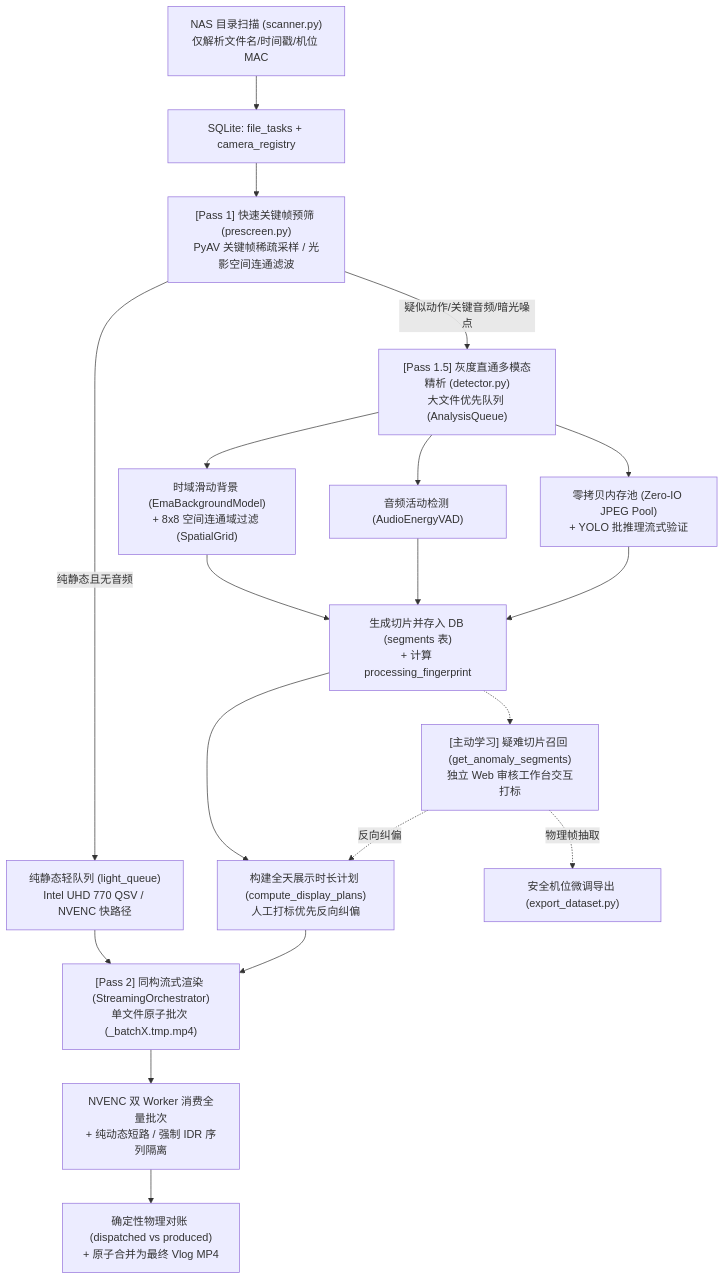
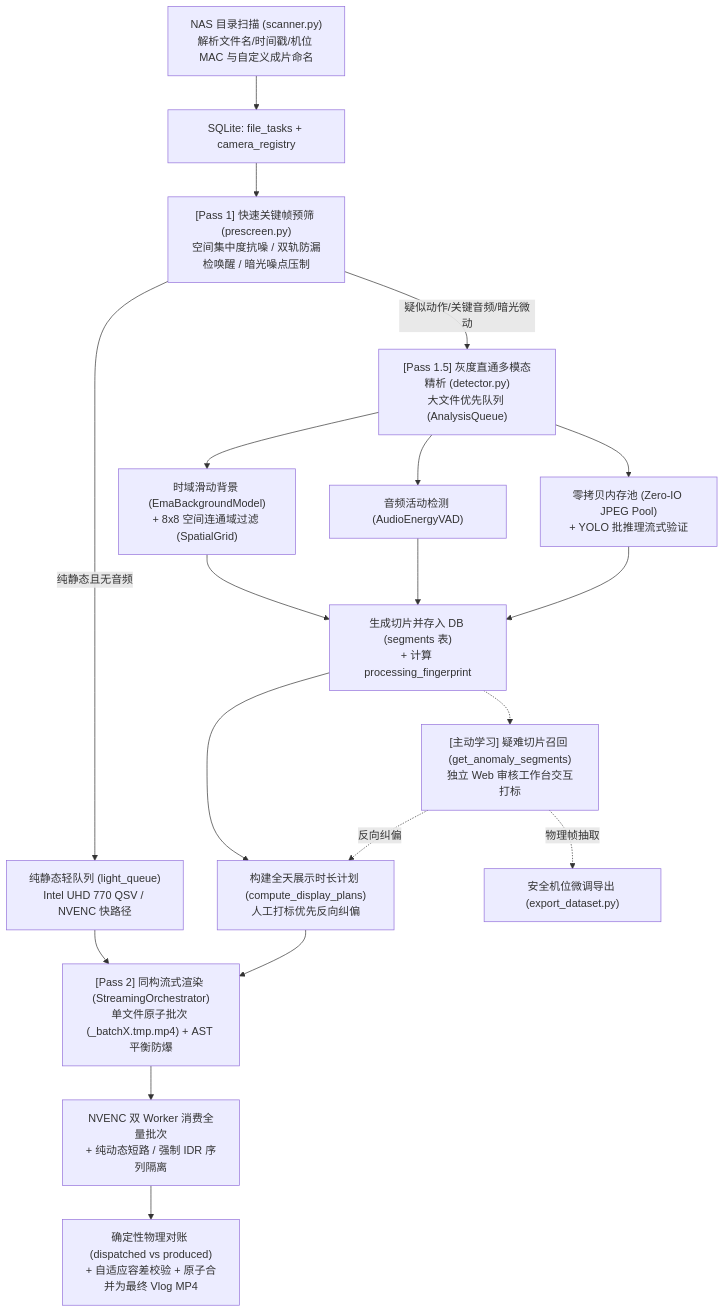
One commit to seeyou2n1ght/homeVlog changed the diagram in docs/ARCHITECTURE.md. Above: the diagram before and after it, drawn with Mermaid. The commit also changed other lines of this file and 4 other files, not shown here.

Commit message:
feat(audit): align rerender output naming, align detector fps tiers fallback and update ADR-0006 architecture docs

````diff
--- a/docs/ARCHITECTURE.md
+++ b/docs/ARCHITECTURE.md
@@ -11,19 +11,19 @@
 ```mermaid
 graph TD
-    A["NAS 目录扫描 (scanner.py)<br/>仅解析文件名/时间戳/机位 MAC"] --> B["SQLite: file_tasks + camera_registry"]
-    B --> C["[Pass 1] 快速关键帧预筛 (prescreen.py)<br/>PyAV 关键帧稀疏采样 / 光影空间连通滤波"]
+    A["NAS 目录扫描 (scanner.py)<br/>解析文件名/时间戳/机位 MAC 与自定义成片命名"] --> B["SQLite: file_tasks + camera_registry"]
+    B --> C["[Pass 1] 快速关键帧预筛 (prescreen.py)<br/>空间集中度抗噪 / 双轨防漏检唤醒 / 暗光噪点压制"]
     C -->|纯静态且无音频| D["纯静态轻队列 (light_queue)<br/>Intel UHD 770 QSV / NVENC 快路径"]
-    C -->|疑似动作/关键音频/暗光噪点| E["[Pass 1.5] 灰度直通多模态精析 (detector.py)<br/>大文件优先队列 (AnalysisQueue)"]
+    C -->|疑似动作/关键音频/暗光微动| E["[Pass 1.5] 灰度直通多模态精析 (detector.py)<br/>大文件优先队列 (AnalysisQueue)"]
     E --> F["时域滑动背景 (EmaBackgroundModel)<br/>+ 8x8 空间连通域过滤 (SpatialGrid)"]
     E --> G["音频活动检测 (AudioEnergyVAD)"]
     E --> H["零拷贝内存池 (Zero-IO JPEG Pool)<br/>+ YOLO 批推理流式验证"]
     F & G & H --> I["生成切片并存入 DB (segments 表)<br/>+ 计算 processing_fingerprint"]
     I --> J["构建全天展示时长计划 (compute_display_plans)<br/>人工打标优先反向纠偏"]
-    J --> K["[Pass 2] 同构流式渲染 (StreamingOrchestrator)<br/>单文件原子批次 (_batchX.tmp.mp4)"]
+    J --> K["[Pass 2] 同构流式渲染 (StreamingOrchestrator)<br/>单文件原子批次 (_batchX.tmp.mp4) + AST 平衡防爆"]
     D --> K
     K --> M["NVENC 双 Worker 消费全量批次<br/>+ 纯动态短路 / 强制 IDR 序列隔离"]
-    M --> N["确定性物理对账 (dispatched vs produced)<br/>+ 原子合并为最终 Vlog MP4"]
+    M --> N["确定性物理对账 (dispatched vs produced)<br/>+ 自适应容差校验 + 原子合并为最终 Vlog MP4"]
     I -.-> O["[主动学习] 疑难切片召回 (get_anomaly_segments)<br/>独立 Web 审核工作台交互打标"]
     O -.->|反向纠偏| J
     O -.->|物理帧抽取| P["安全机位微调导出 (export_dataset.py)"]
 ```
````
